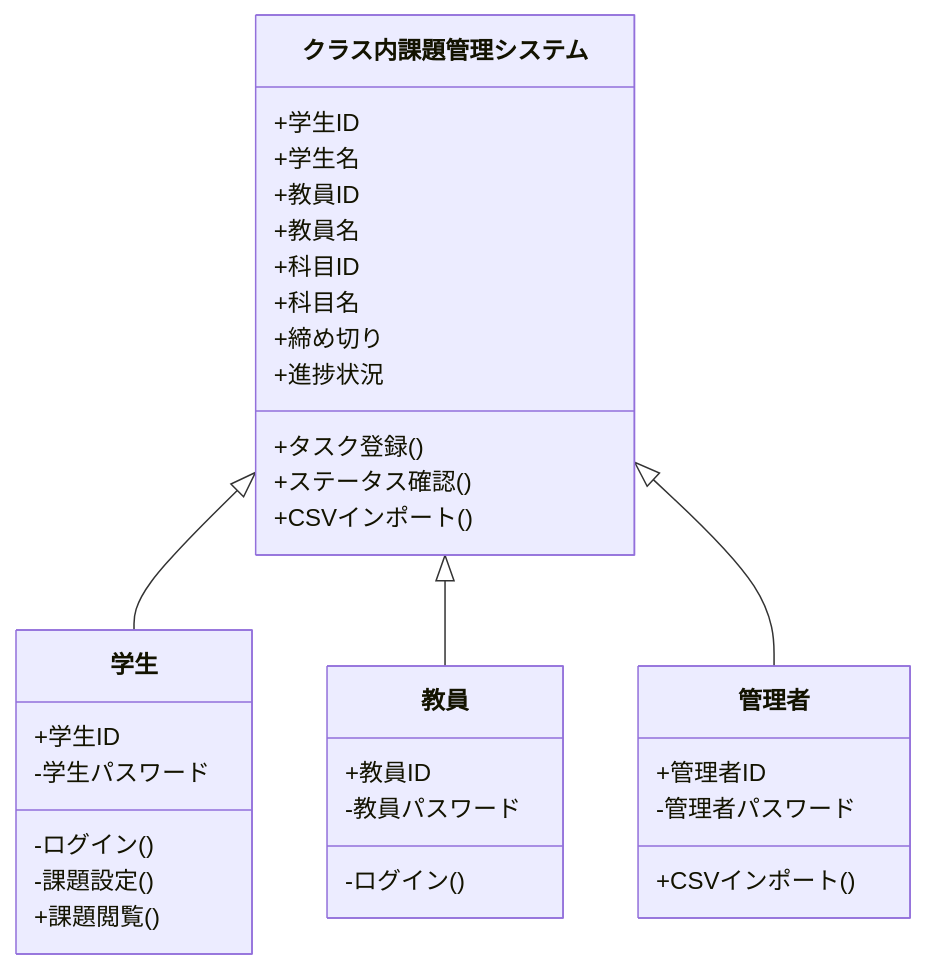
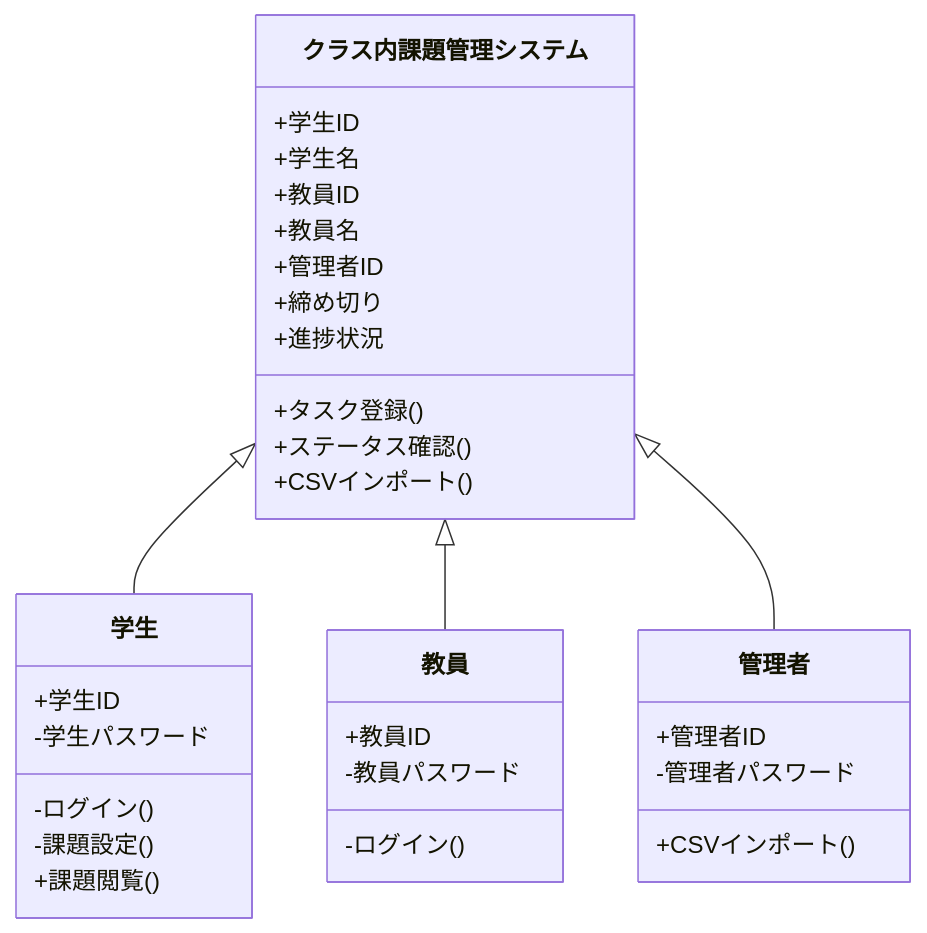
The diagram in README.md (sumina10/nittc2025-j4exp-3), drawn with Mermaid before and after one commit.

Commit message:
クラス図

````diff
--- a/README.md
+++ b/README.md
@@ -75,37 +75,36 @@
 ```mermaid
 classDiagram
     クラス内課題管理システム <|-- 学生
     クラス内課題管理システム <|-- 教員
     クラス内課題管理システム <|-- 管理者
     クラス内課題管理システム : +学生ID
     クラス内課題管理システム : +学生名
     クラス内課題管理システム : +教員ID
     クラス内課題管理システム : +教員名
-    クラス内課題管理システム : +科目ID
-    クラス内課題管理システム : +科目名
+    クラス内課題管理システム : +管理者ID
     
     クラス内課題管理システム : +締め切り
     クラス内課題管理システム : +進捗状況
 
     クラス内課題管理システム: +タスク登録()
     クラス内課題管理システム: +ステータス確認()
     クラス内課題管理システム: +CSVインポート()
     class 学生{
         +学生ID
         -学生パスワード
         -ログイン()
         -課題設定()
         +課題閲覧()
     }
     class 教員{
         +教員ID
         -教員パスワード
         -ログイン()
     }
     class 管理者{
         +管理者ID
         -管理者パスワード
         +CSVインポート()
     }
 
 ```
````
